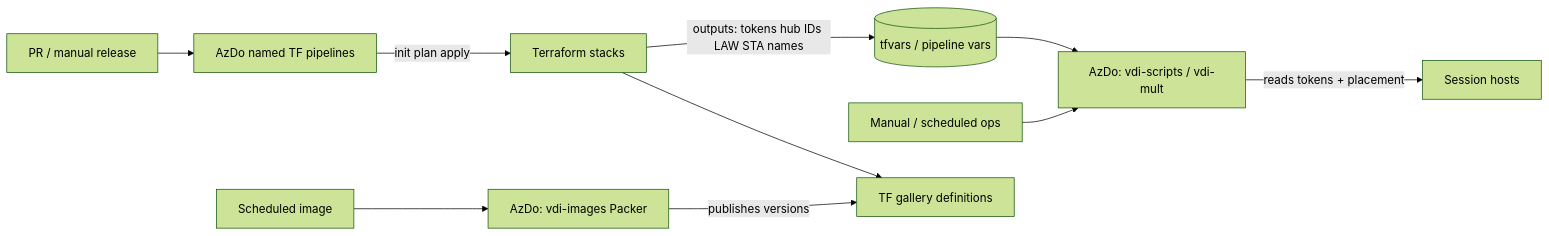
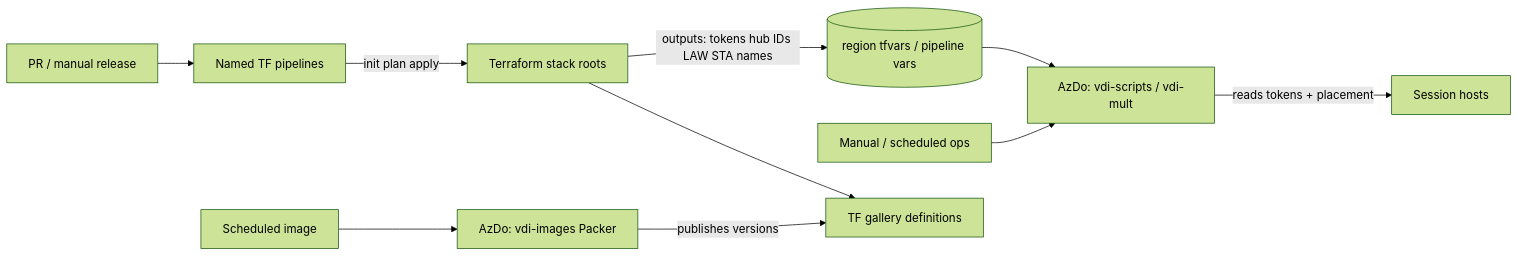
One commit to RootsReps420/AZ-2.0 changed the eighth of 11 diagrams in README.md. Above: the diagram before and after it, drawn with Mermaid (forest theme). The commit also changed other lines of this file, not shown here.

Commit message:
-README updated to reflect multi-region capabilities

````diff
--- a/README.md
+++ b/README.md
@@ -287,14 +410,14 @@
 ```mermaid
 flowchart LR
-  PR[PR / manual release] --> TFP[AzDo named TF pipelines]
-  TFP -->|init plan apply| TF[Terraform stacks]
-  TF -->|outputs: tokens hub IDs LAW STA names| OUT[(tfvars / pipeline vars)]
+  PR[PR / manual release] --> TFP[Named TF pipelines]
+  TFP -->|init plan apply| TF[Terraform stack roots]
+  TF -->|outputs: tokens hub IDs LAW STA names| OUT[(region tfvars / pipeline vars)]
 
   MAN[Manual / scheduled ops] --> OPS[AzDo: vdi-scripts / vdi-mult]
   OPS -->|reads tokens + placement| VM[Session hosts]
   OUT --> OPS
 
   SCH[Scheduled image] --> IMG[AzDo: vdi-images Packer]
   IMG -->|publishes versions| GAL[TF gallery definitions]
   TF --> GAL
 ```
````
